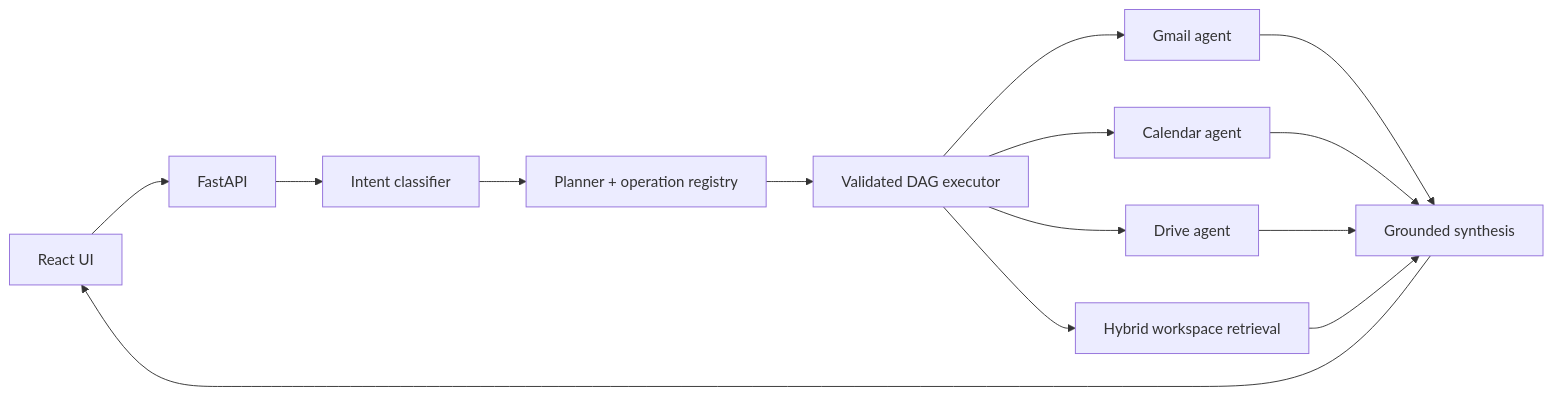
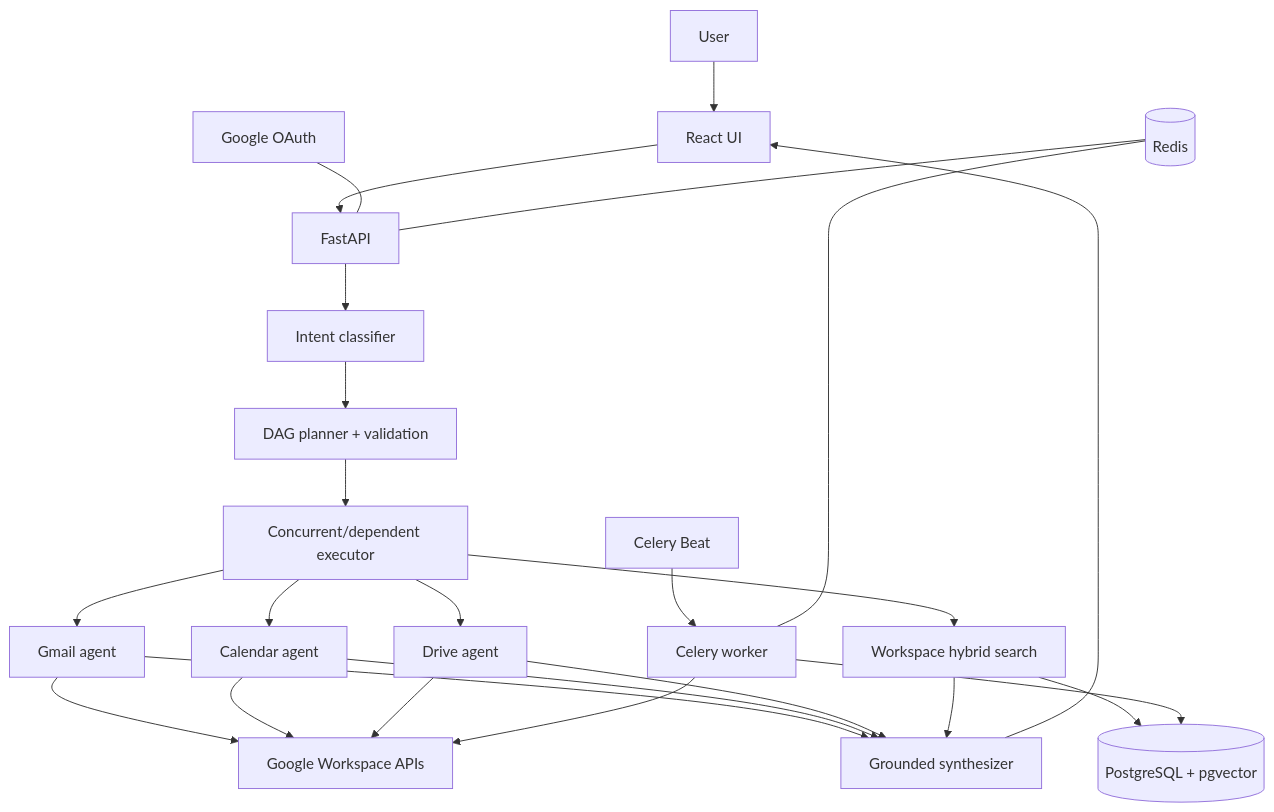
One commit to SidharthaIITKGP/agentic-google-workspace-orchestrator changed the diagram in README.md. Above: the diagram before and after it, drawn with Mermaid. The commit also changed other lines of this file and 4 other files, not shown here.

````diff
--- a/README.md
+++ b/README.md
@@ -28,13 +37,23 @@
 ```mermaid
-flowchart LR
-    UI[React UI] --> API[FastAPI]
-    API --> C[Intent classifier]
-    C --> P[Planner + operation registry]
-    P --> D[Validated DAG executor]
-    D --> G[Gmail agent]
-    D --> CAL[Calendar agent]
-    D --> DR[Drive agent]
-    D --> R[Hybrid workspace retrieval]
-    G & CAL & DR & R --> S[Grounded synthesis]
+flowchart TD
+    U[User] --> UI[React UI]
+    UI --> API[FastAPI]
+    API --> IC[Intent classifier]
+    IC --> DP[DAG planner + validation]
+    DP --> EX[Concurrent/dependent executor]
+    EX --> G[Gmail agent]
+    EX --> C[Calendar agent]
+    EX --> D[Drive agent]
+    EX --> W[Workspace hybrid search]
+    W --> PG[(PostgreSQL + pgvector)]
+    G & C & D --> GA[Google Workspace APIs]
+    G & C & D & W --> S[Grounded synthesizer]
     S --> UI
+
+    O[Google OAuth] --- API
+    R[(Redis)] --- API
+    B[Celery Beat] --> CW[Celery worker]
+    CW --> GA
+    CW --> PG
+    R --- CW
 ```
````
